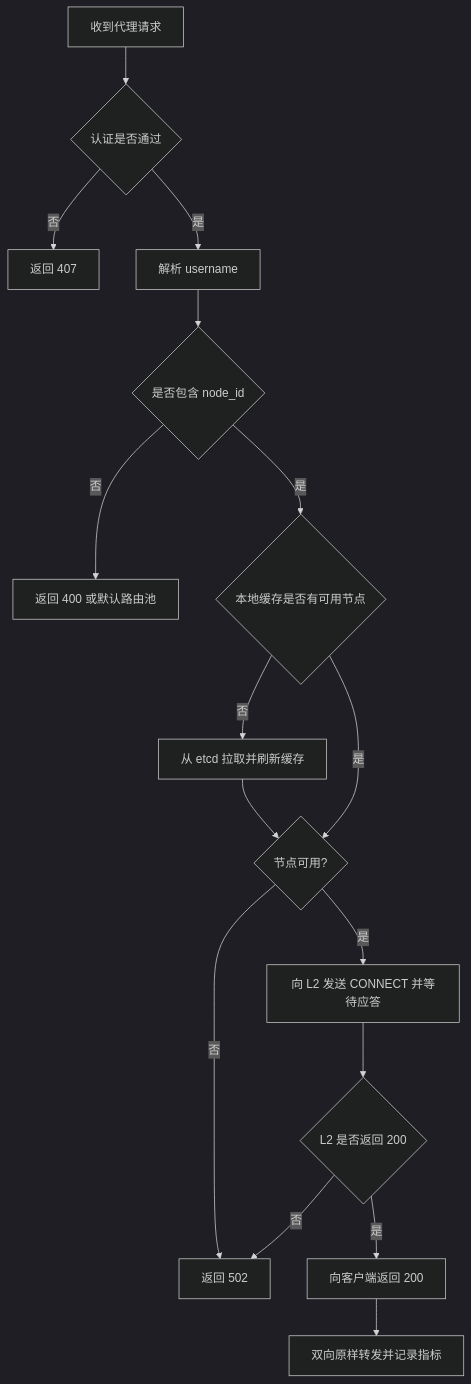
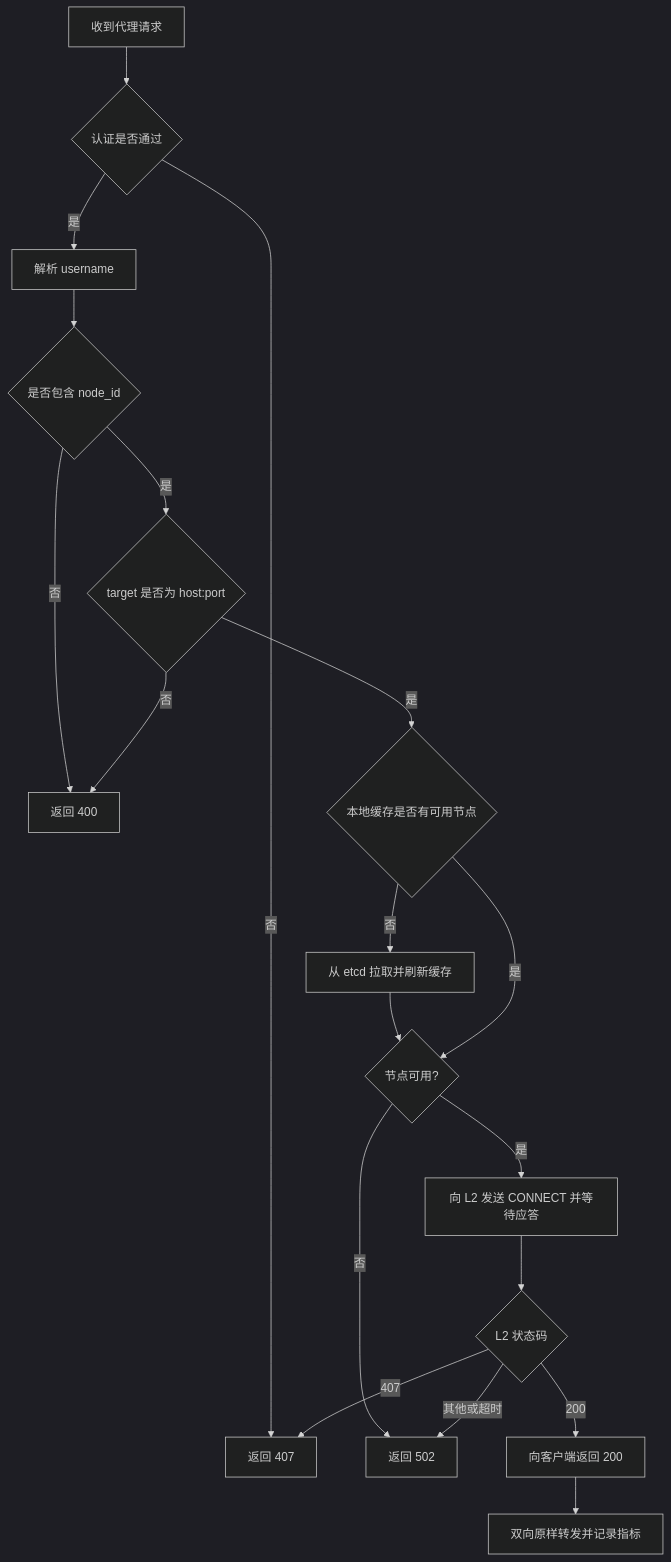
One commit to f-ishelly/relay-proxy changed the third of 3 diagrams in docs/openspec-proxy-design.md. Above: the diagram before and after it, drawn with Mermaid (dark theme). The commit also changed other lines of this file, not shown here.

````diff
--- a/docs/openspec-proxy-design.md
+++ b/docs/openspec-proxy-design.md
@@ -190,18 +190,21 @@
 ```mermaid
 flowchart TD
     A[收到代理请求] --> B{认证是否通过}
     B -- 否 --> X[返回 407]
     B -- 是 --> C[解析 username]
     C --> D{是否包含 node_id}
-    D -- 否 --> Y[返回 400 或默认路由池]
-    D -- 是 --> E{本地缓存是否有可用节点}
+    D -- 否 --> Y[返回 400]
+    D -- 是 --> T{target 是否为 host:port}
+    T -- 否 --> Y
+    T -- 是 --> E{本地缓存是否有可用节点}
     E -- 否 --> F[从 etcd 拉取并刷新缓存]
     F --> G{节点可用?}
     E -- 是 --> G
     G -- 否 --> Z[返回 502]
     G -- 是 --> H[向 L2 发送 CONNECT 并等待应答]
-    H --> J{L2 是否返回 200}
-    J -- 否 --> Z
-    J -- 是 --> K[向客户端返回 200]
+    H --> J{L2 状态码}
+    J -- 200 --> K[向客户端返回 200]
+    J -- 407 --> X
+    J -- 其他或超时 --> Z
     K --> I[双向原样转发并记录指标]
 ```
````
